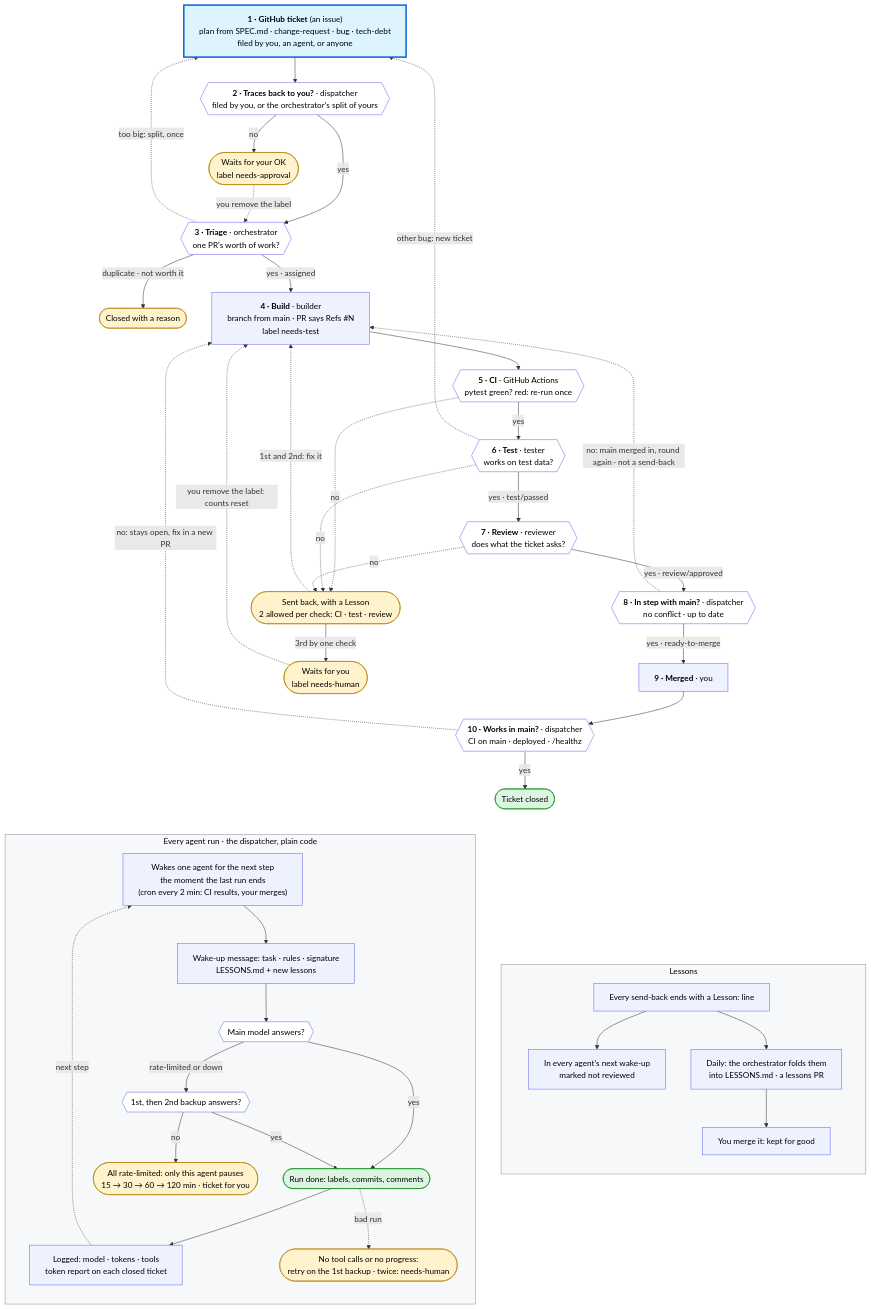
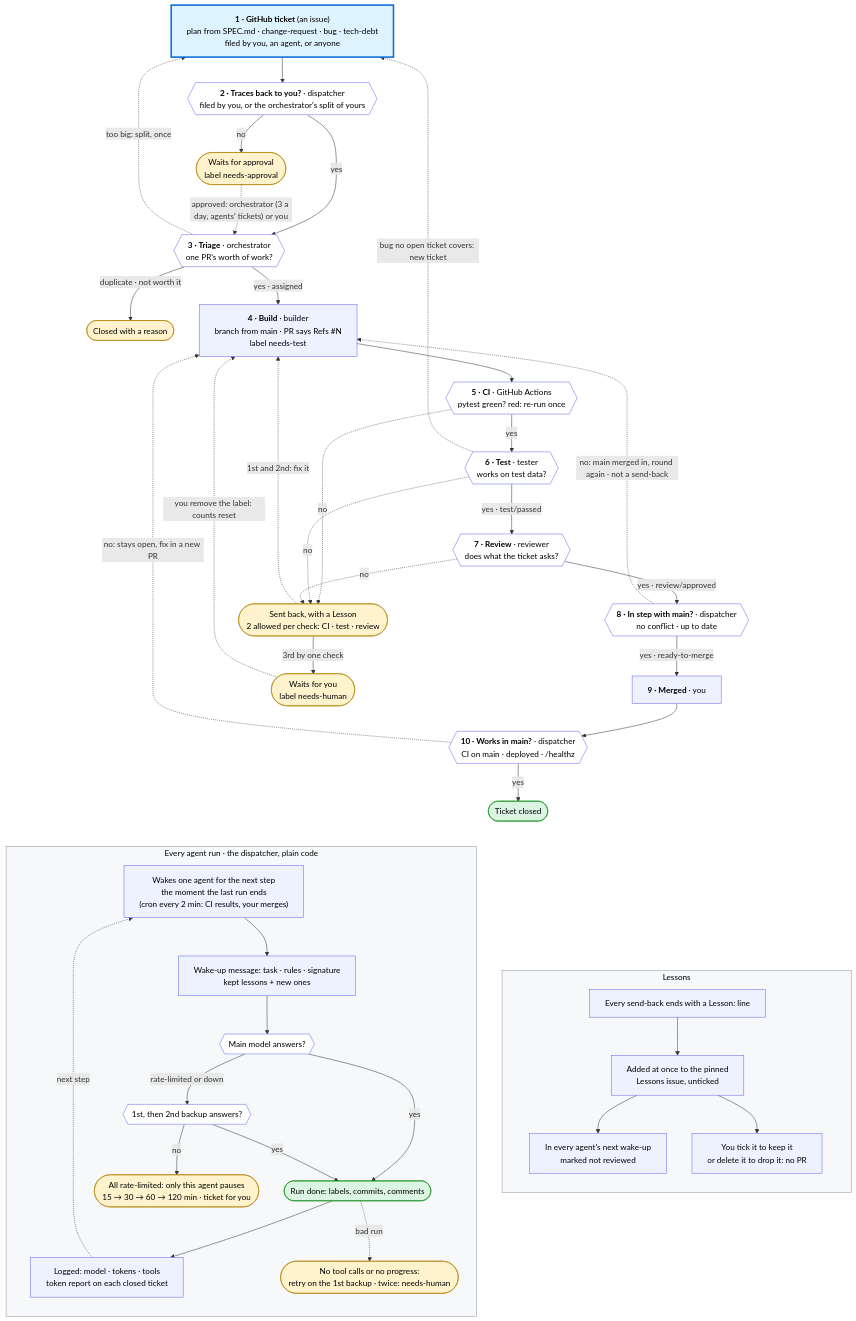
The diagram in agents/WORKFLOW.md (nikhil-kunapareddy/daily-briefing), drawn with Mermaid before and after one commit. The commit also changed other lines of this file and 9 other files, not shown here.

First line of the commit message:
Agent graph: fewer manual steps, nothing irreversible, one ticket per piece of work

```diff
--- a/agents/WORKFLOW.md
+++ b/agents/WORKFLOW.md
@@ -15,7 +15,7 @@
 flowchart TD
   T["<b>1 · GitHub ticket</b> (an issue)<br/>plan from SPEC.md · change-request · bug · tech-debt<br/>filed by you, an agent, or anyone"]
   G{{"<b>2 · Traces back to you?</b> · dispatcher<br/>filed by you, or the orchestrator's split of yours"}}
-  A(["Waits for your OK<br/>label needs-approval"])
+  A(["Waits for approval<br/>label needs-approval"])
   O{{"<b>3 · Triage</b> · orchestrator<br/>one PR's worth of work?"}}
   X(["Closed with a reason"])
   B["<b>4 · Build</b> · builder<br/>branch from main · PR says Refs #N<br/>label needs-test"]
@@ -32,7 +32,7 @@
   T --> G
   G -->|"yes"| O
   G -->|"no"| A
-  A -.->|"you remove the label"| O
+  A -.->|"approved: orchestrator (3 a day, agents' tickets) or you"| O
   O -->|"yes · assigned"| B
   O -->|"duplicate · not worth it"| X
   O -.->|"too big: split, once"| T
@@ -46,7 +46,7 @@
   C -.->|"no"| SB
   TE -.->|"no"| SB
   R -.->|"no"| SB
-  TE -.->|"other bug: new ticket"| T
+  TE -.->|"bug no open ticket covers: new ticket"| T
   SB -.->|"1st and 2nd: fix it"| B
   SB -->|"3rd by one check"| H
   H -.->|"you remove the label: counts reset"| B
@@ -56,7 +56,7 @@
   subgraph RUN["Every agent run · the dispatcher, plain code"]
     direction TB
     K["Wakes one agent for the next step<br/>the moment the last run ends<br/>(cron every 2 min: CI results, your merges)"]
-    P["Wake-up message: task · rules · signature<br/>LESSONS.md + new lessons"]
+    P["Wake-up message: task · rules · signature<br/>kept lessons + new ones"]
     MO{{"Main model answers?"}}
     BK{{"1st, then 2nd backup answers?"}}
     DN(["Run done: labels, commits, comments"])
@@ -76,11 +76,12 @@
   subgraph LES["Lessons"]
     direction TB
     L1["Every send-back ends with a Lesson: line"]
+    L3["Added at once to the pinned<br/>Lessons issue, unticked"]
     L2["In every agent's next wake-up<br/>marked not reviewed"]
-    L3["Daily: the orchestrator folds them<br/>into LESSONS.md · a lessons PR"]
-    L4["You merge it: kept for good"]
-    L1 --> L2
-    L1 --> L3 --> L4
+    L4["You tick it to keep it<br/>or delete it to drop it: no PR"]
+    L1 --> L3
+    L3 --> L2
+    L3 --> L4
   end
   D ~~~ RUN
   D ~~~ LES
```
